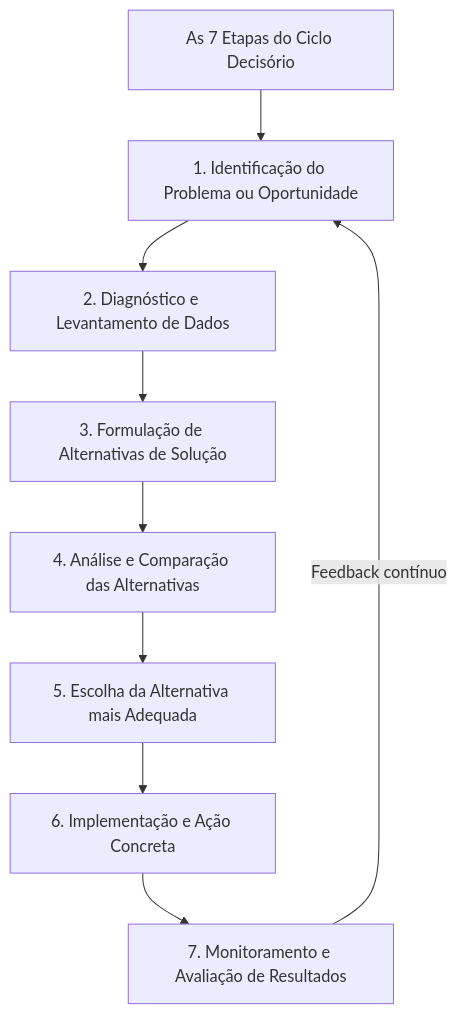
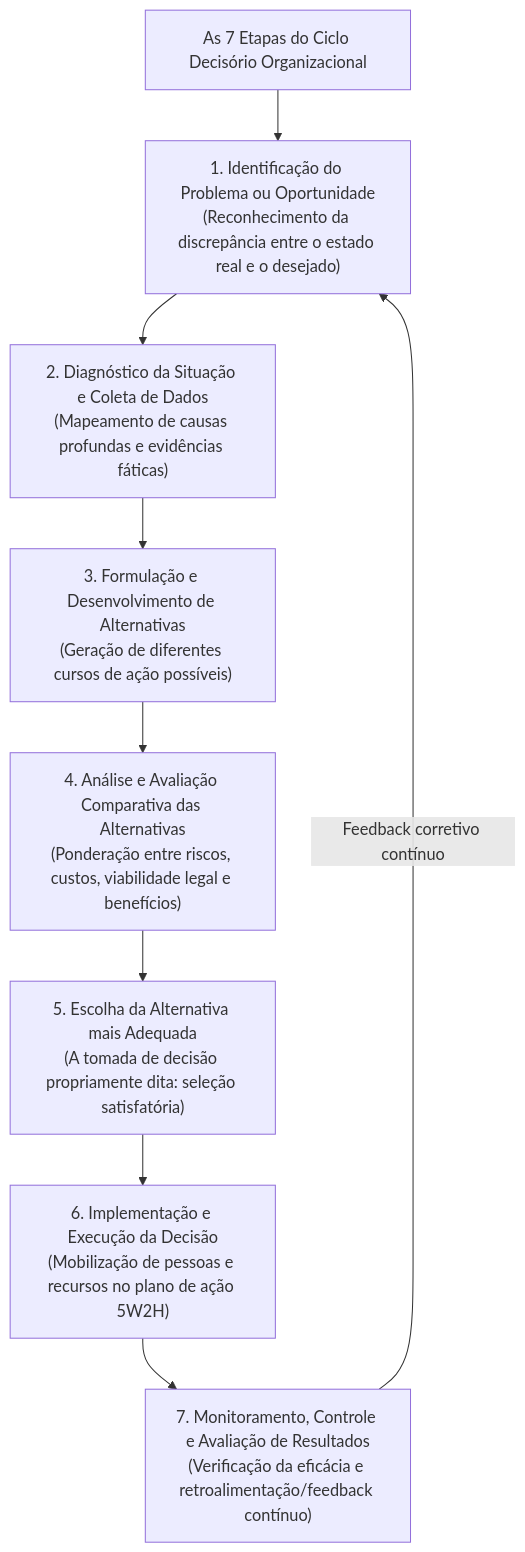
One commit to thiagosantos346/TCE-GO-2027 changed the first of 4 diagrams in fontes_de_estudo/conhecimentos_especificos_a01_tecnico_administrativo/22_administracao_geral/03_processo_decisorio_visao_sistemica_e_gerenciamento_de_projetos.md. Above: the diagram before and after it, drawn with Mermaid. The commit also changed other lines of this file and 119 other files, not shown here.

````diff
--- a/fontes_de_estudo/conhecimentos_especificos_a01_tecnico_administrativo/22_administracao_geral/03_processo_decisorio_visao_sistemica_e_gerenciamento_de_projetos.md
+++ b/fontes_de_estudo/conhecimentos_especificos_a01_tecnico_administrativo/22_administracao_geral/03_processo_decisorio_visao_sistemica_e_gerenciamento_de_projetos.md
@@ -74,13 +42,13 @@
 ```mermaid
 flowchart TD
-    Ciclo["As 7 Etapas do Ciclo Decisório"]
+    Ciclo["As 7 Etapas do Ciclo Decisório Organizacional"]
     
-    Ciclo --> E1["1. Identificação do Problema ou Oportunidade"]
-    E1 --> E2["2. Diagnóstico e Levantamento de Dados"]
-    E2 --> E3["3. Formulação de Alternativas de Solução"]
-    E3 --> E4["4. Análise e Comparação das Alternativas"]
-    E4 --> E5["5. Escolha da Alternativa mais Adequada"]
-    E5 --> E6["6. Implementação e Ação Concreta"]
-    E6 --> E7["7. Monitoramento e Avaliação de Resultados"]
-    E7 -->|Feedback contínuo| E1
+    Ciclo --> E1["1. Identificação do Problema ou Oportunidade<br/>(Reconhecimento da discrepância entre o estado real e o desejado)"]
+    E1 --> E2["2. Diagnóstico da Situação e Coleta de Dados<br/>(Mapeamento de causas profundas e evidências fáticas)"]
+    E2 --> E3["3. Formulação e Desenvolvimento de Alternativas<br/>(Geração de diferentes cursos de ação possíveis)"]
+    E3 --> E4["4. Análise e Avaliação Comparativa das Alternativas<br/>(Ponderação entre riscos, custos, viabilidade legal e benefícios)"]
+    E4 --> E5["5. Escolha da Alternativa mais Adequada<br/>(A tomada de decisão propriamente dita: seleção satisfatória)"]
+    E5 --> E6["6. Implementação e Execução da Decisão<br/>(Mobilização de pessoas e recursos no plano de ação 5W2H)"]
+    E6 --> E7["7. Monitoramento, Controle e Avaliação de Resultados<br/>(Verificação da eficácia e retroalimentação/feedback contínuo)"]
+    E7 -->|Feedback corretivo contínuo| E1
 ```
````
